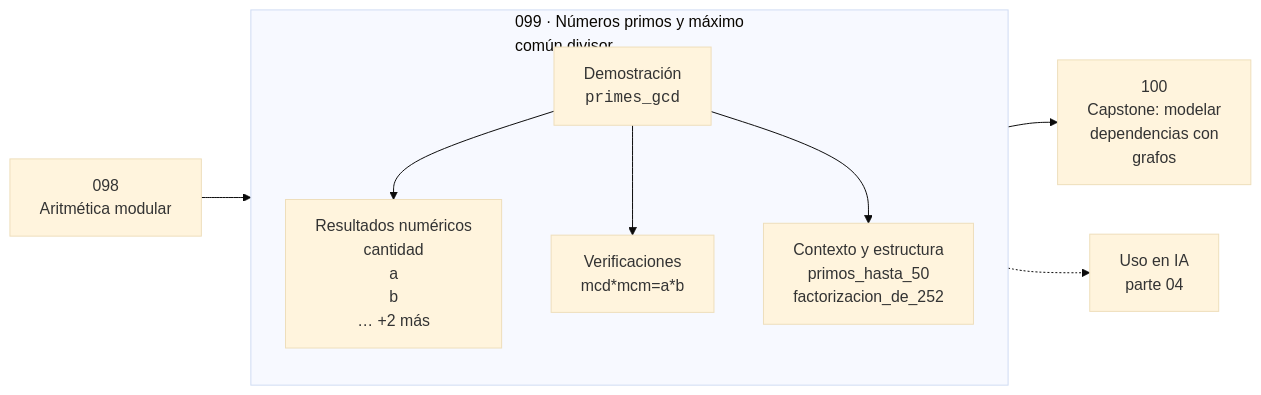
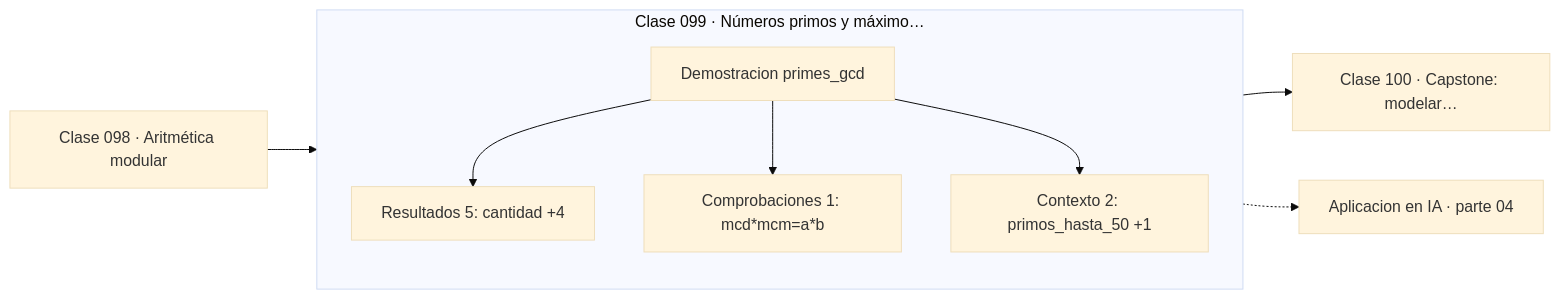
One commit to vladimiracunadev-create/computational-mathematics-program changed the diagram in classes/part-04-matematica-discreta-para-computacion/099-numeros-primos-y-maximo-comun-divisor/README.md. Above: the diagram before and after it, drawn with Mermaid (base theme). The commit also changed other lines of this file and 389 other files, not shown here.

First line of the commit message:
fix(diagramas): elimina el HTML de las etiquetas Mermaid

````diff
--- a/classes/part-04-matematica-discreta-para-computacion/099-numeros-primos-y-maximo-comun-divisor/README.md
+++ b/classes/part-04-matematica-discreta-para-computacion/099-numeros-primos-y-maximo-comun-divisor/README.md
@@ -30,12 +36,13 @@
 ```mermaid
 flowchart LR
-    P["098<br/>Aritmética modular"] --> C
-    subgraph C["099 · Números primos y máximo<br/>común divisor"]
+    P["Clase 098 · Aritmética modular"] --> D
+    subgraph CLASE["Clase 099 · Números primos y máximo…"]
         direction TB
-        D["Demostración<br/><code>primes_gcd</code>"] --> R["Resultados numéricos<br/>cantidad<br/>a<br/>b<br/>… +2 más"]
-        D --> V["Verificaciones<br/>mcd*mcm=a*b"]
-        D --> O["Contexto y estructura<br/>primos_hasta_50<br/>factorizacion_de_252"]
+        D["Demostracion primes_gcd"]
+        D --> R["Resultados 5: cantidad +4"]
+        D --> V["Comprobaciones 1: mcd*mcm=a*b"]
+        D --> O["Contexto 2: primos_hasta_50 +1"]
     end
-    C --> N["100<br/>Capstone: modelar<br/>dependencias con<br/>grafos"]
-    C -.-> IA["Uso en IA<br/>parte 04"]
+    R --> N["Clase 100 · Capstone: modelar…"]
+    V -.-> IA["Aplicacion en IA · parte 04"]
 ```
````
